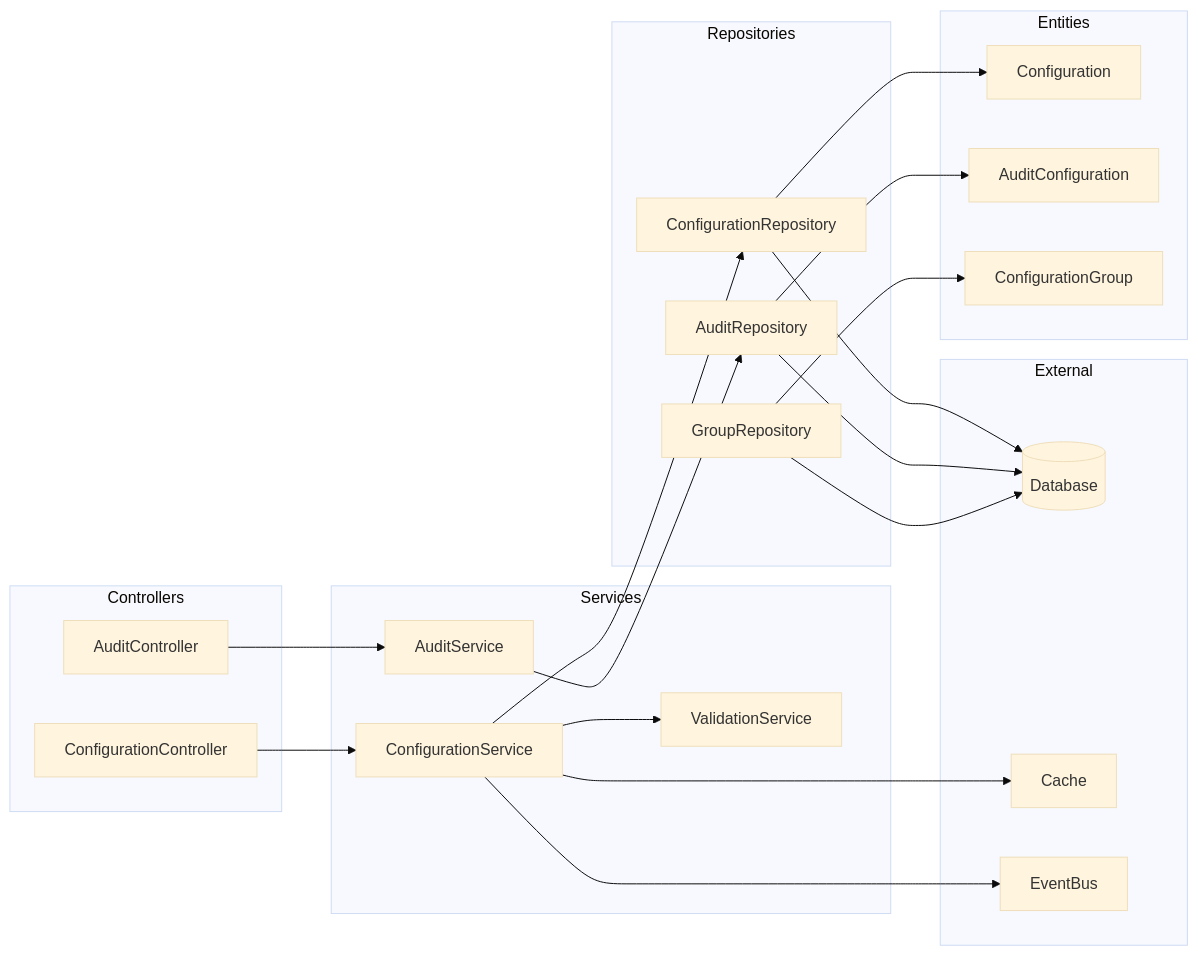
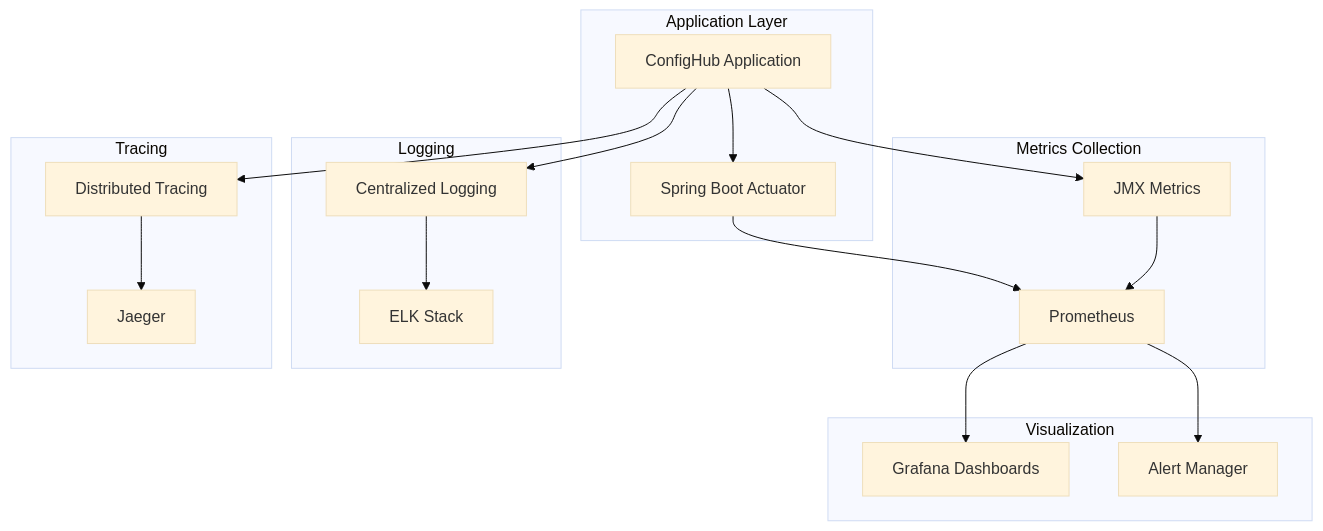
One commit to aahmadseph/SST-Phase-2 changed the eighth of 11 diagrams in generated-docs/confighub-architecture.md. Above: the diagram before and after it, drawn with Mermaid (base theme). The commit also changed other lines of this file and 13 other files, not shown here.

````diff
--- a/generated-docs/confighub-architecture.md
+++ b/generated-docs/confighub-architecture.md
@@ -384,49 +406,41 @@
 ```mermaid
-graph LR
-    subgraph "Controllers"
-        CC[ConfigurationController]
-        AC[AuditController]
+graph TB
+    subgraph "Application Layer"
+        APP[ConfigHub Application]
+        ACTUATOR[Spring Boot Actuator]
     end
     
-    subgraph "Services"
-        CS[ConfigurationService]
-        AS[AuditService]
-        VS[ValidationService]
+    subgraph "Metrics Collection"
+        PROM[Prometheus]
+        JMX[JMX Metrics]
     end
     
-    subgraph "Repositories"
-        CR[ConfigurationRepository]
-        AR[AuditRepository]
-        GR[GroupRepository]
+    subgraph "Visualization"
+        GRAF[Grafana Dashboards]
+        ALERTS[Alert Manager]
     end
     
-    subgraph "Entities"
-        CE[Configuration]
-        AE[AuditConfiguration]
-        GE[ConfigurationGroup]
+    subgraph "Logging"
+        LOGS[Centralized Logging]
+        ELK[ELK Stack]
     end
     
-    subgraph "External"
-        DB[(Database)]
-        CACHE[Cache]
-        BUS[EventBus]
+    subgraph "Tracing"
+        TRACE[Distributed Tracing]
+        JAEGER[Jaeger]
     end
     
-    CC --> CS
-    AC --> AS
+    APP --> ACTUATOR
+    ACTUATOR --> PROM
+    APP --> JMX
+    JMX --> PROM
     
-    CS --> CR
-    AS --> AR
-    CS --> VS
+    PROM --> GRAF
+    PROM --> ALERTS
     
-    CR --> CE
-    AR --> AE
-    GR --> GE
+    APP --> LOGS
+    LOGS --> ELK
     
-    CR --> DB
-    AR --> DB
-    GR --> DB
-    
-    CS --> CACHE
-    CS --> BUS
+    APP --> TRACE
+    TRACE --> JAEGER
 ```
````
